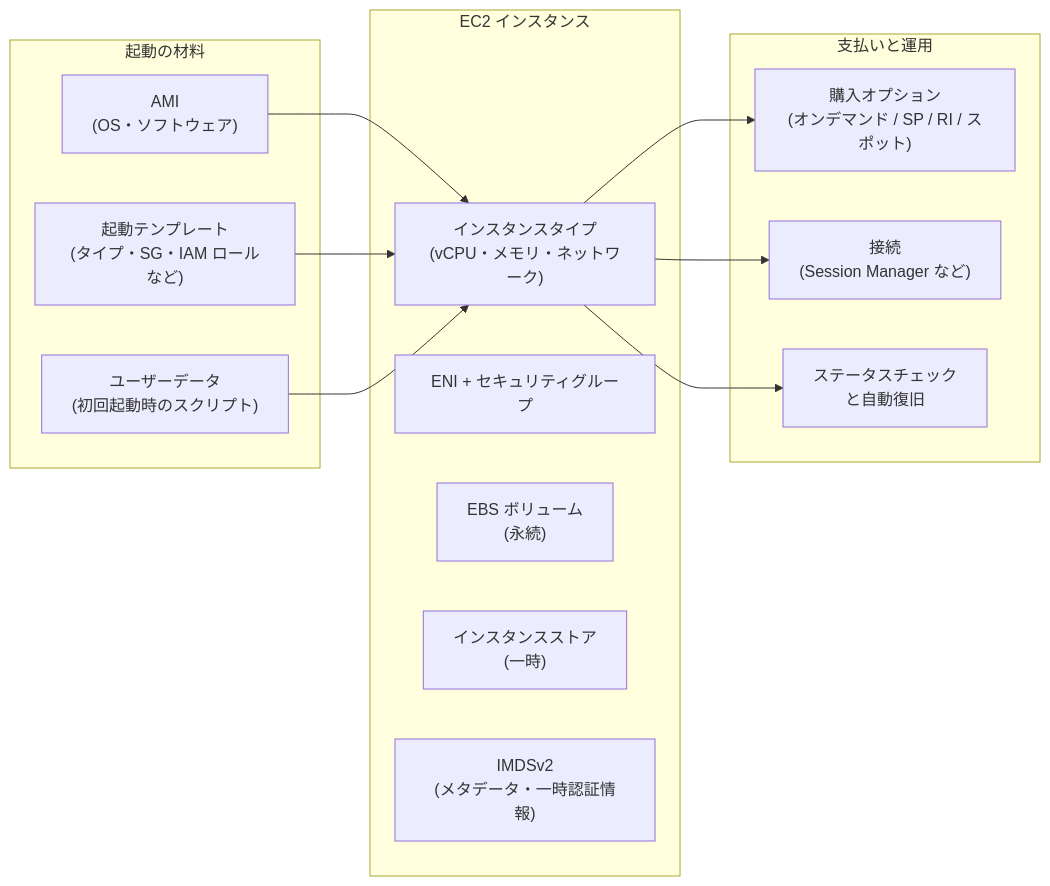
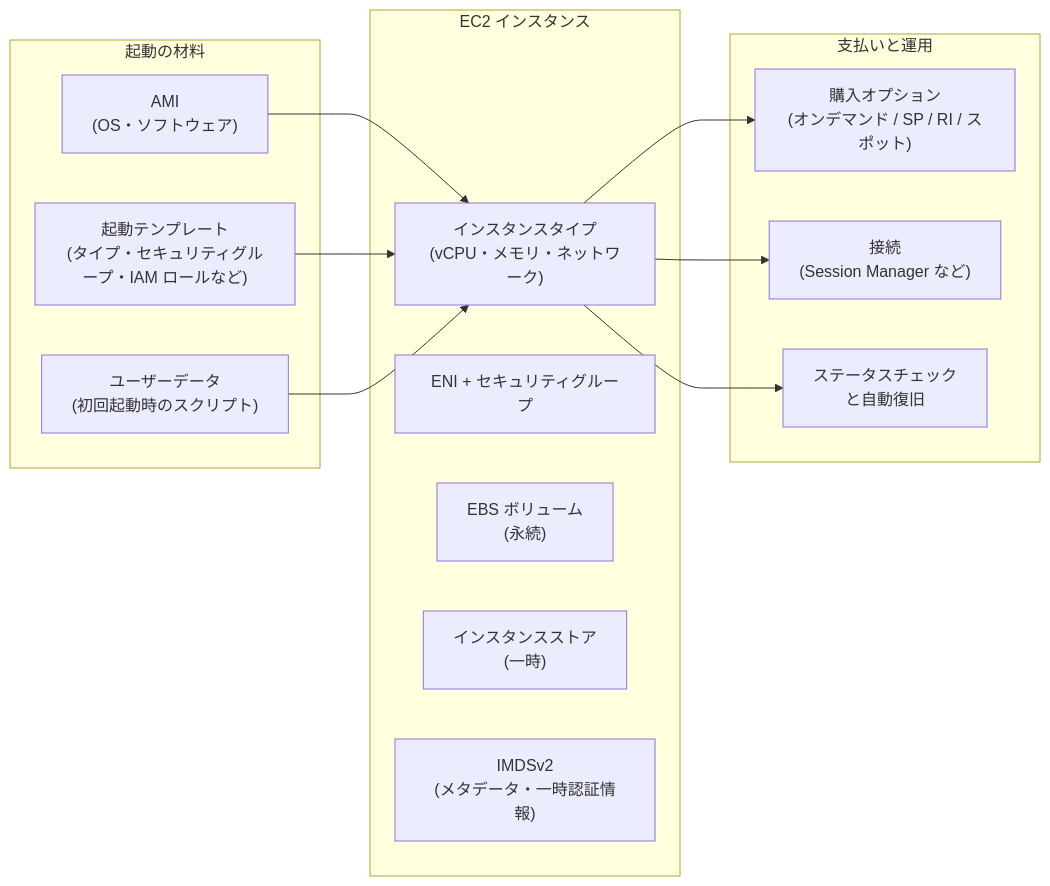
One commit to raku1chi/study-aws changed the first of 9 diagrams in 02-associate/03-ec2.md. Above: the diagram before and after it, drawn with Mermaid. The commit also changed other lines of this file and 6 other files, not shown here.

````diff
--- a/02-associate/03-ec2.md
+++ b/02-associate/03-ec2.md
@@ -27,26 +27,26 @@
 ```mermaid
 flowchart LR
     subgraph Build["起動の材料"]
         AMI["AMI<br/>(OS・ソフトウェア)"]
-        LT["起動テンプレート<br/>(タイプ・SG・IAM ロールなど)"]
+        LT["起動テンプレート<br/>(タイプ・セキュリティグループ・IAM ロールなど)"]
         UD["ユーザーデータ<br/>(初回起動時のスクリプト)"]
     end
     subgraph Inst["EC2 インスタンス"]
         HW["インスタンスタイプ<br/>(vCPU・メモリ・ネットワーク)"]
         NET["ENI + セキュリティグループ"]
         EBS["EBS ボリューム<br/>(永続)"]
         IS["インスタンスストア<br/>(一時)"]
         IMDS["IMDSv2<br/>(メタデータ・一時認証情報)"]
     end
     subgraph Ops["支払いと運用"]
         BUY["購入オプション<br/>(オンデマンド / SP / RI / スポット)"]
         CON["接続<br/>(Session Manager など)"]
         MON["ステータスチェック<br/>と自動復旧"]
     end
     AMI --> HW
     LT --> HW
     UD --> HW
     HW --> BUY
     HW --> CON
     HW --> MON
 ```
````
